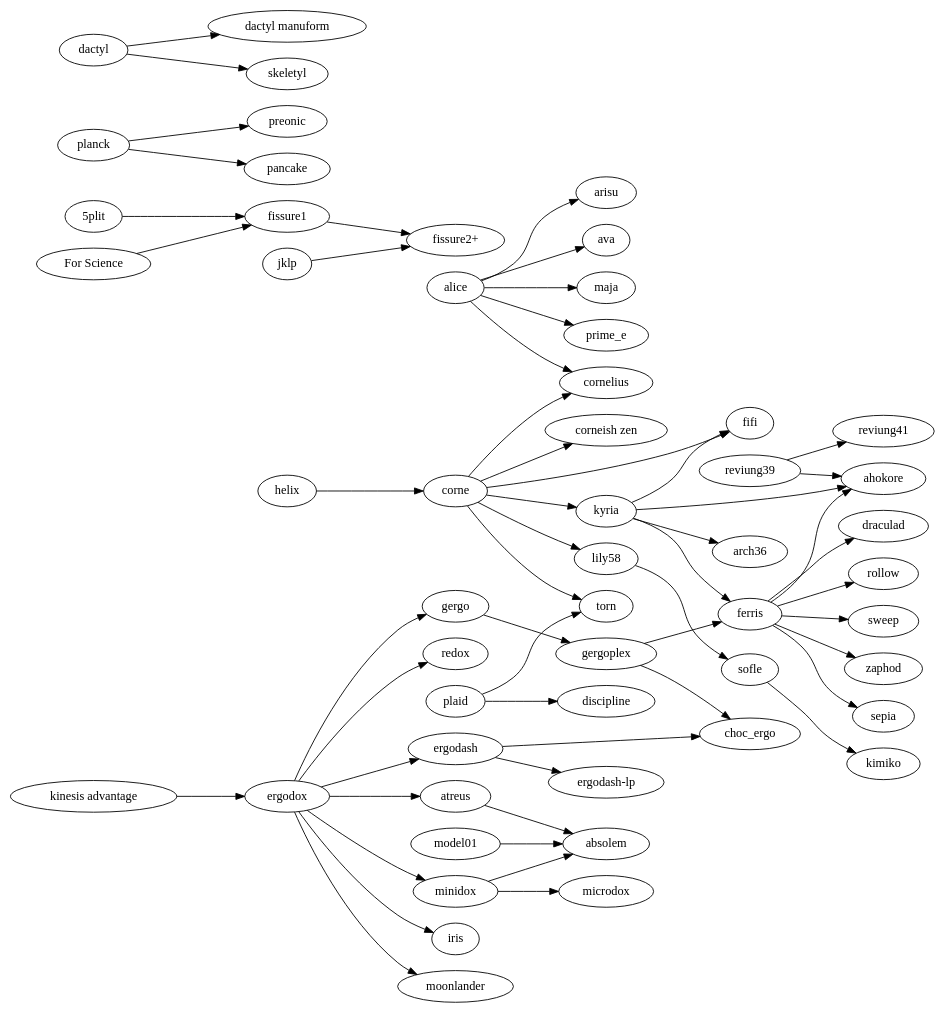
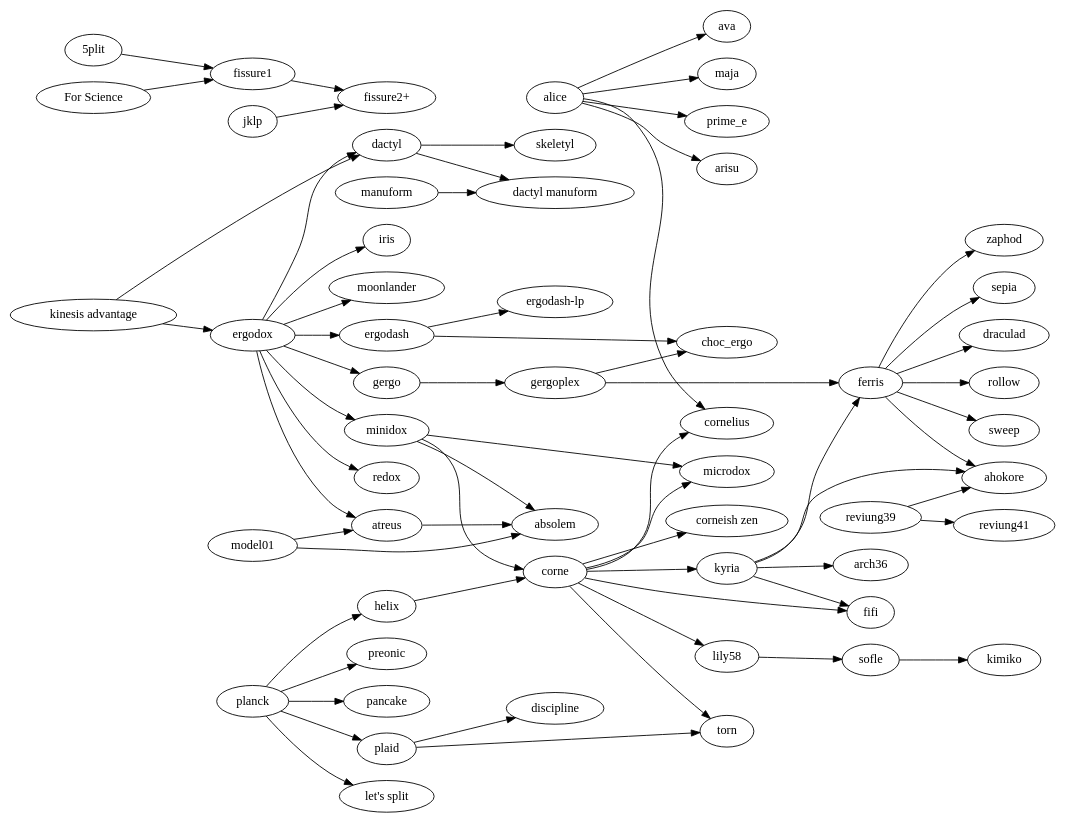
The diagram in tree.gv (petejohanson/mk-family-tree), drawn with Graphviz before and after one commit.

Commit message:
Updates from Manna.

```diff
--- a/tree.gv
+++ b/tree.gv
@@ -1,111 +1,123 @@
 digraph {
   rankdir=LR;
 
   subgraph splits {
     helix -> corne;
 
     corne -> {
       "corneish zen";
       cornelius;
       fifi;
       kyria;
       lily58;
+      microdox;
       torn;
     };
 
     lily58 -> sofle;
 
     kyria -> {
         ahokore;
         arch36;
         ferris;
         fifi;
     };
 
-    "kinesis advantage" -> ergodox;
+    "kinesis advantage" -> {
+      ergodox;
+      dactyl;
+    };
 
     ergodox -> {
       atreus;
+      dactyl;
       ergodash;
       gergo;
       iris;
       minidox;
       moonlander;
       redox;
     };
 
     ergodash -> {
       "ergodash-lp";
       choc_ergo;
     };
 
     gergo -> gergoplex;
     gergoplex -> {
       ferris;
       choc_ergo;
     };
 
     ferris -> {
       ahokore;
       sepia;
       draculad;
       rollow;
       sweep;
       zaphod;
     };
 
+    manuform -> "dactyl manuform";
+
     minidox -> {
       absolem;
+      corne;
       microdox;
     };
 
     model01 -> {
       absolem;
+      atreus;
     };
 
     sofle -> kimiko;
 
     "5plit" -> "fissure1";
     "For Science" -> "fissure1";
     fissure1 -> "fissure2+";
     jklp -> "fissure2+";
   }
 
   subgraph unibody {
     atreus -> {
       absolem;
     };
     reviung39 -> {
       ahokore;
       reviung41;
     };
   };
 
   subgraph ortholinear {
     plaid -> {
       discipline;
       torn;
     };
     planck -> {
+      helix;
+      "let's split";
+      plaid;
       preonic;
       pancake;
     };
   }
 
   subgraph {
     dactyl -> {
       "dactyl manuform";
       skeletyl;
     }
   }
 
   subgraph alicefamily {
     alice -> {
       arisu;
       ava;
       cornelius;
       maja;
       prime_e;
     }
   }
 }
```
